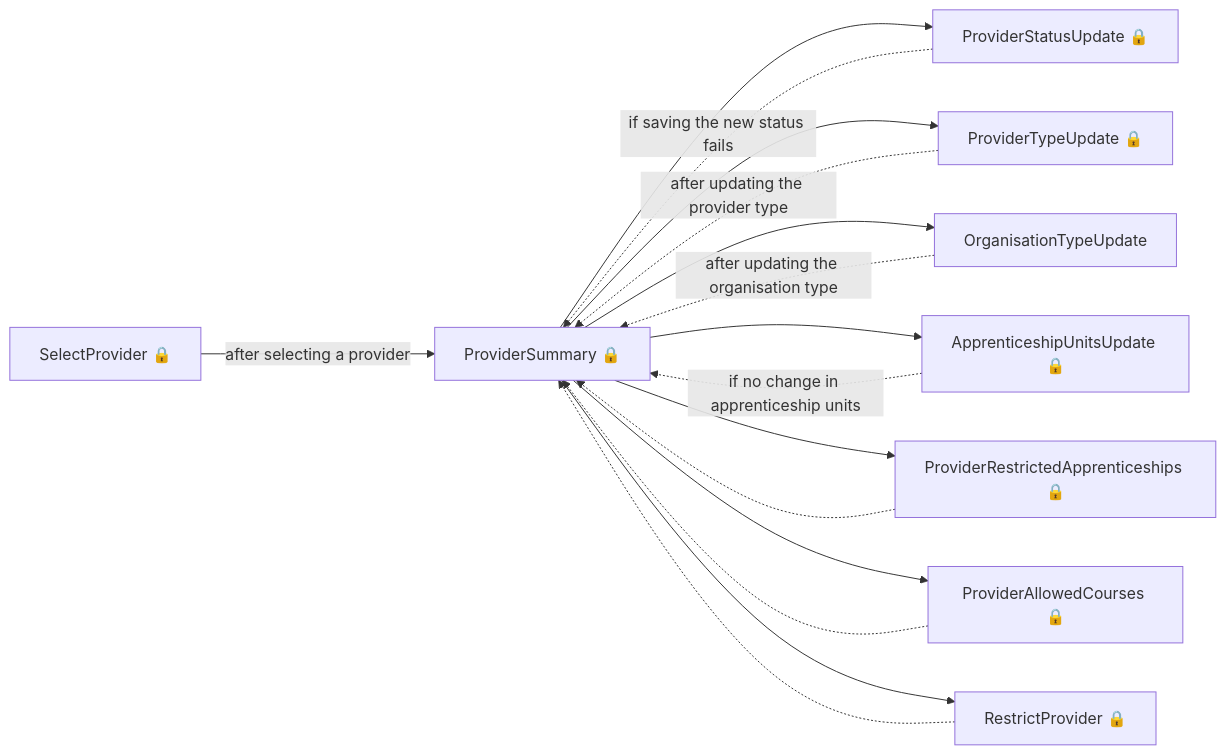
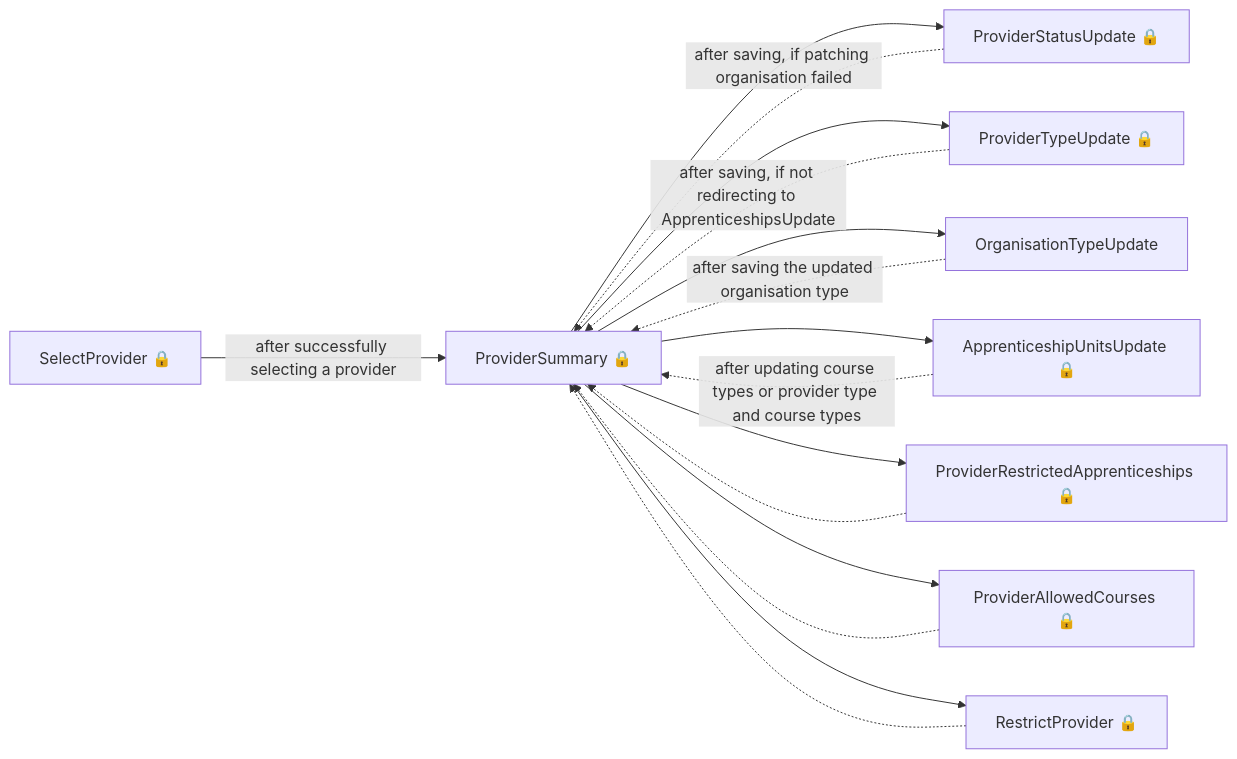
The seventh of 15 diagrams in das-admin-roatp-web/user-journeys/user-journeys.md (talentconsulting/atlas-dfe), drawn with Mermaid before and after one commit. The commit also changed other lines of this file and 36 other files, not shown here.

````diff
--- a/das-admin-roatp-web/user-journeys/user-journeys.md
+++ b/das-admin-roatp-web/user-journeys/user-journeys.md
@@ -108,18 +83,18 @@
 ```mermaid
 flowchart LR
-  p0["SelectProvider 🔒"] -->|"after selecting a provider"| p1["ProviderSummary 🔒"]
+  p0["SelectProvider 🔒"] -->|"after successfully selecting a provider"| p1["ProviderSummary 🔒"]
   p1["ProviderSummary 🔒"] --> p2["ProviderStatusUpdate 🔒"]
-  p2["ProviderStatusUpdate 🔒"] -.->|"if saving the new status fails"| p1["ProviderSummary 🔒"]
+  p2["ProviderStatusUpdate 🔒"] -.->|"after saving, if patching organisation failed"| p1["ProviderSummary 🔒"]
   p1["ProviderSummary 🔒"] --> p3["ProviderTypeUpdate 🔒"]
-  p3["ProviderTypeUpdate 🔒"] -.->|"after updating the provider type"| p1["ProviderSummary 🔒"]
+  p3["ProviderTypeUpdate 🔒"] -.->|"after saving, if not redirecting to ApprenticeshipsUpdate"| p1["ProviderSummary 🔒"]
   p1["ProviderSummary 🔒"] --> p4["OrganisationTypeUpdate"]
-  p4["OrganisationTypeUpdate"] -.->|"after updating the organisation type"| p1["ProviderSummary 🔒"]
+  p4["OrganisationTypeUpdate"] -.->|"after saving the updated organisation type"| p1["ProviderSummary 🔒"]
   p1["ProviderSummary 🔒"] --> p5["ApprenticeshipUnitsUpdate 🔒"]
-  p5["ApprenticeshipUnitsUpdate 🔒"] -.->|"if no change in apprenticeship units"| p1["ProviderSummary 🔒"]
+  p5["ApprenticeshipUnitsUpdate 🔒"] -.->|"after updating course types or provider type and course types"| p1["ProviderSummary 🔒"]
   p1["ProviderSummary 🔒"] --> p6["ProviderRestrictedApprenticeships 🔒"]
   p6["ProviderRestrictedApprenticeships 🔒"] -.-> p1["ProviderSummary 🔒"]
   p1["ProviderSummary 🔒"] --> p7["ProviderAllowedCourses 🔒"]
   p7["ProviderAllowedCourses 🔒"] -.-> p1["ProviderSummary 🔒"]
   p1["ProviderSummary 🔒"] --> p8["RestrictProvider 🔒"]
   p8["RestrictProvider 🔒"] -.-> p1["ProviderSummary 🔒"]
 ```
````
